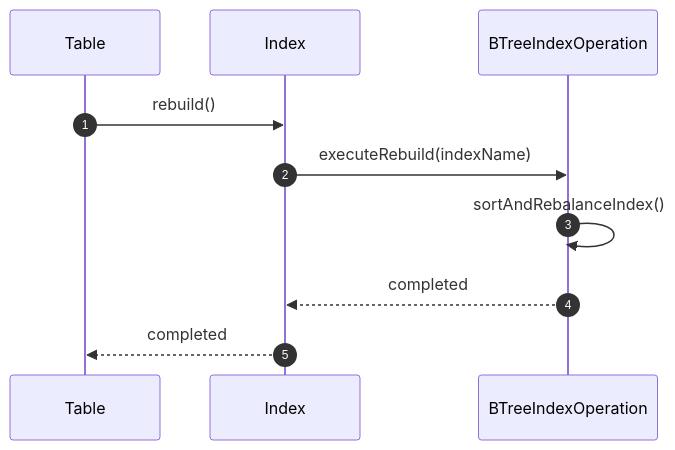
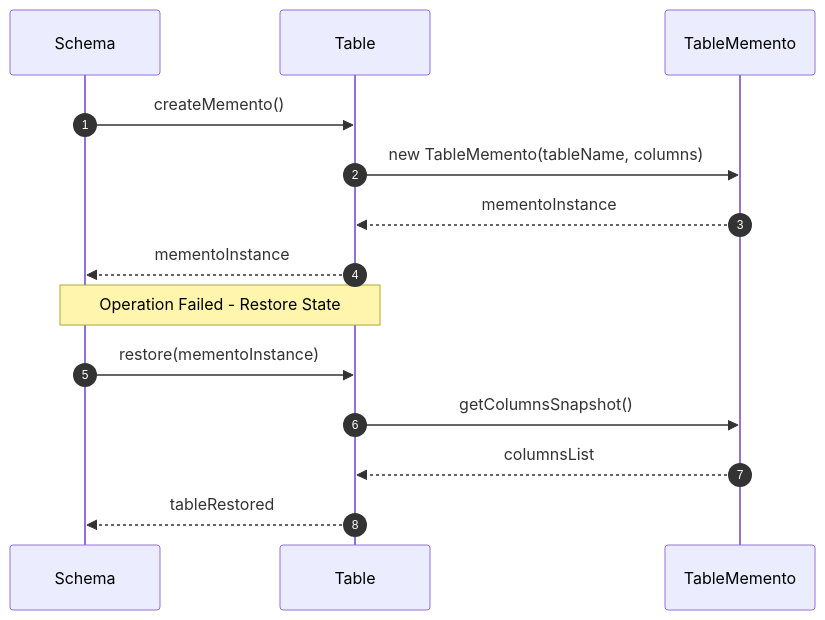
Before and after one commit to Dikhang1112/Database_Management_BBV: the eighth of 15 diagrams in docs/design_patterns/metadata/Sequece.md, drawn with Mermaid. The commit also changed other lines of this file and 2 other files, not shown here.

Commit message:
Refactor class diagram follow desgin pattern and document

````diff
--- a/docs/design_patterns/metadata/Sequece.md
+++ b/docs/design_patterns/metadata/Sequece.md
@@ -255,13 +189,18 @@
 ```mermaid
 sequenceDiagram
     autonumber
+    participant Schema as Schema
     participant Table as Table
-    participant Index as Index
-    participant Impl as BTreeIndexOperation
+    participant Memento as TableMemento
 
-    Table->>Index: rebuild()
-    Index->>Impl: executeRebuild(indexName)
-    Impl->>Impl: sortAndRebalanceIndex()
-    Impl-->>Index: completed
-    Index-->>Table: completed
+    Schema->>Table: createMemento()
+    Table->>Memento: new TableMemento(tableName, columns)
+    Memento-->>Table: mementoInstance
+    Table-->>Schema: mementoInstance
+
+    note over Schema, Table: Operation Failed - Restore State
+    Schema->>Table: restore(mementoInstance)
+    Table->>Memento: getColumnsSnapshot()
+    Memento-->>Table: columnsList
+    Table-->>Schema: tableRestored
 ```
````
